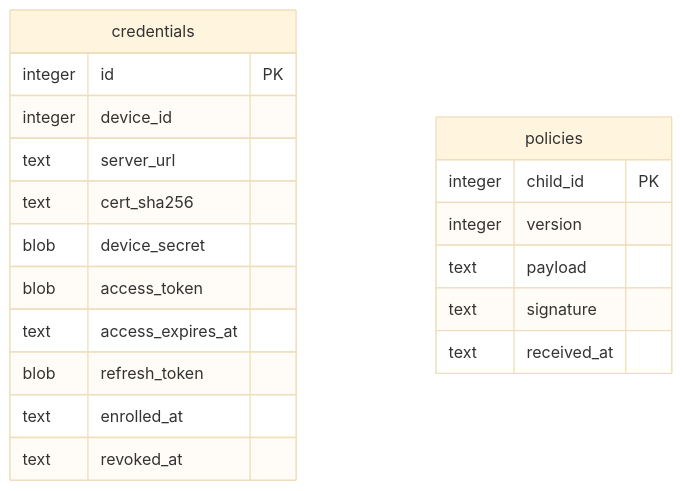
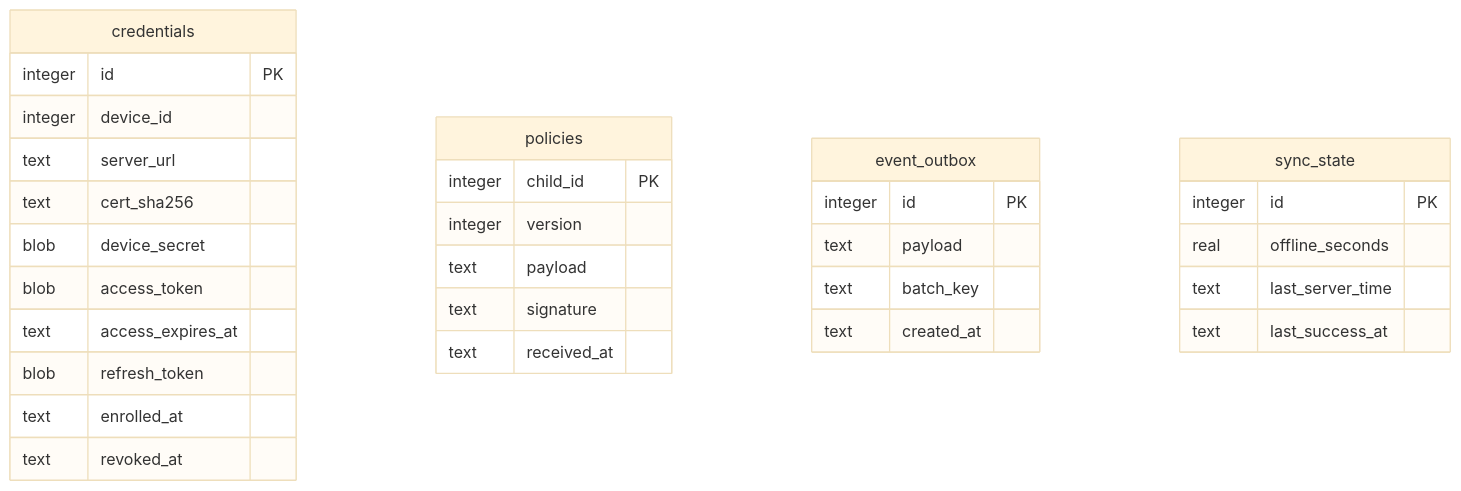
One commit to nmtrong1000/ogk changed the diagram in ogk-agent/migrations/DB_SCHEMA.md. Above: the diagram before and after it, drawn with Mermaid (base theme). The commit also changed other lines of this file and 32 other files, not shown here.

Commit message:
feat(agent): sync heartbeat, buffered events and offline fail-closed policy

````diff
--- a/ogk-agent/migrations/DB_SCHEMA.md
+++ b/ogk-agent/migrations/DB_SCHEMA.md
@@ -12,22 +12,34 @@
 ```mermaid
 erDiagram
     credentials {
         integer id PK
         integer device_id
         text server_url
         text cert_sha256
         blob device_secret
         blob access_token
         text access_expires_at
         blob refresh_token
         text enrolled_at
         text revoked_at
     }
     policies {
         integer child_id PK
         integer version
         text payload
         text signature
         text received_at
     }
+    event_outbox {
+        integer id PK
+        text payload
+        text batch_key
+        text created_at
+    }
+    sync_state {
+        integer id PK
+        real offline_seconds
+        text last_server_time
+        text last_success_at
+    }
 ```
````
